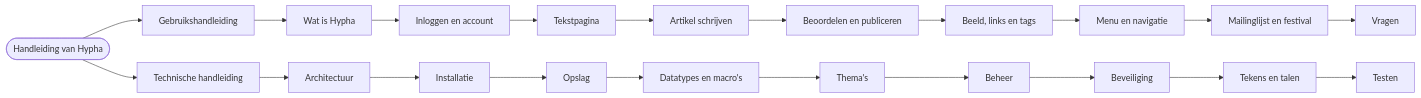
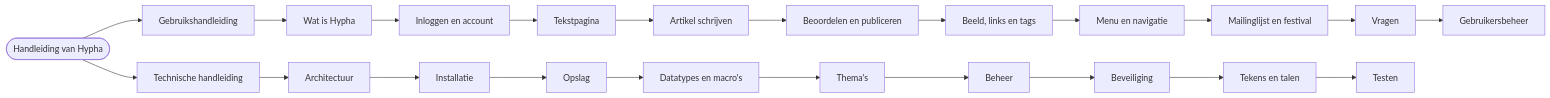
The diagram in docs/handleiding/index.md (guidol-ive/hypha), drawn with Mermaid before and after one commit. The commit also changed other lines of this file and 3 other files, not shown here.

````diff
--- a/docs/handleiding/index.md
+++ b/docs/handleiding/index.md
@@ -26,9 +26,9 @@
 ```mermaid
 flowchart LR
     start([Handleiding van Hypha]) --> gebruik[Gebruikshandleiding]
     start --> techniek[Technische handleiding]
     gebruik --> g1[Wat is Hypha] --> g2[Inloggen en account] --> g3[Tekstpagina] --> g4[Artikel schrijven] --> g5[Beoordelen en publiceren]
-    g5 --> g6[Beeld, links en tags] --> g7[Menu en navigatie] --> g8[Mailinglijst en festival] --> g9[Vragen]
+    g5 --> g6[Beeld, links en tags] --> g7[Menu en navigatie] --> g8[Mailinglijst en festival] --> g9[Vragen] --> g10[Gebruikersbeheer]
     techniek --> t1[Architectuur] --> t2[Installatie] --> t3[Opslag] --> t4[Datatypes en macro's]
     t4 --> t5[Thema's] --> t6[Beheer] --> t7[Beveiliging] --> t8[Tekens en talen] --> t9[Testen]
 ```
````
